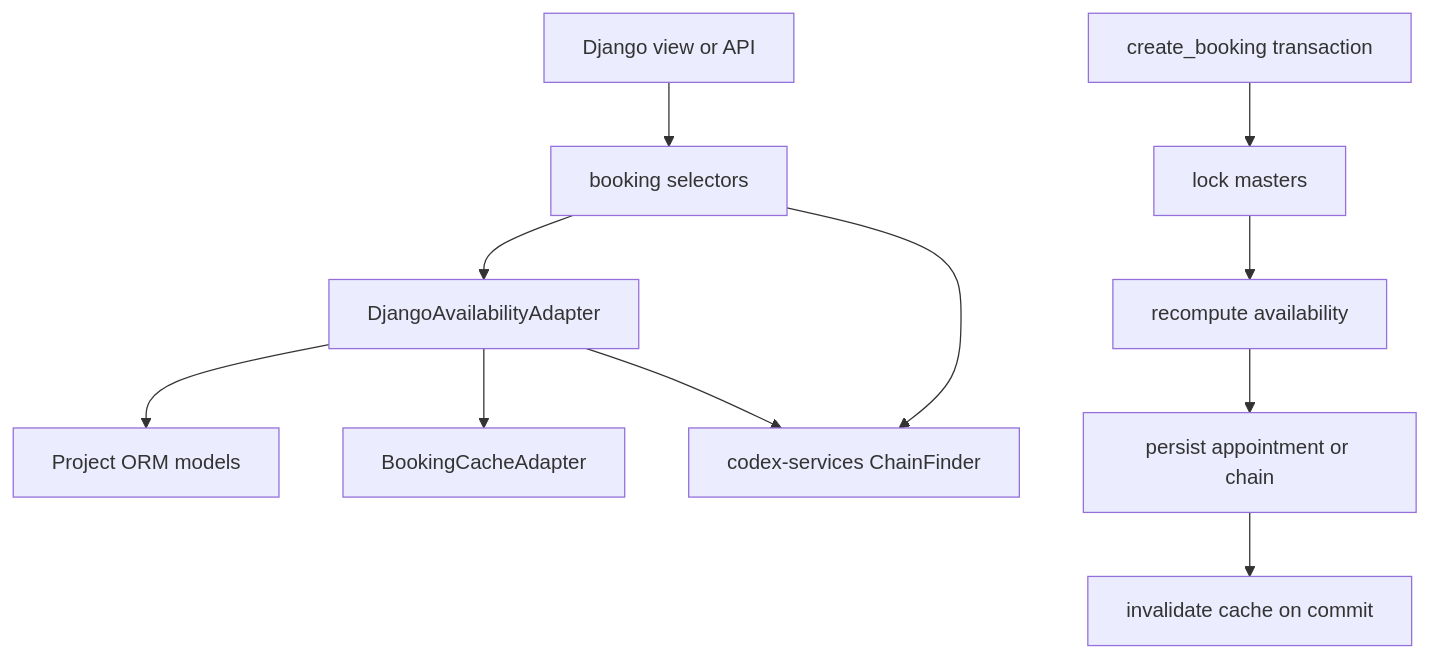
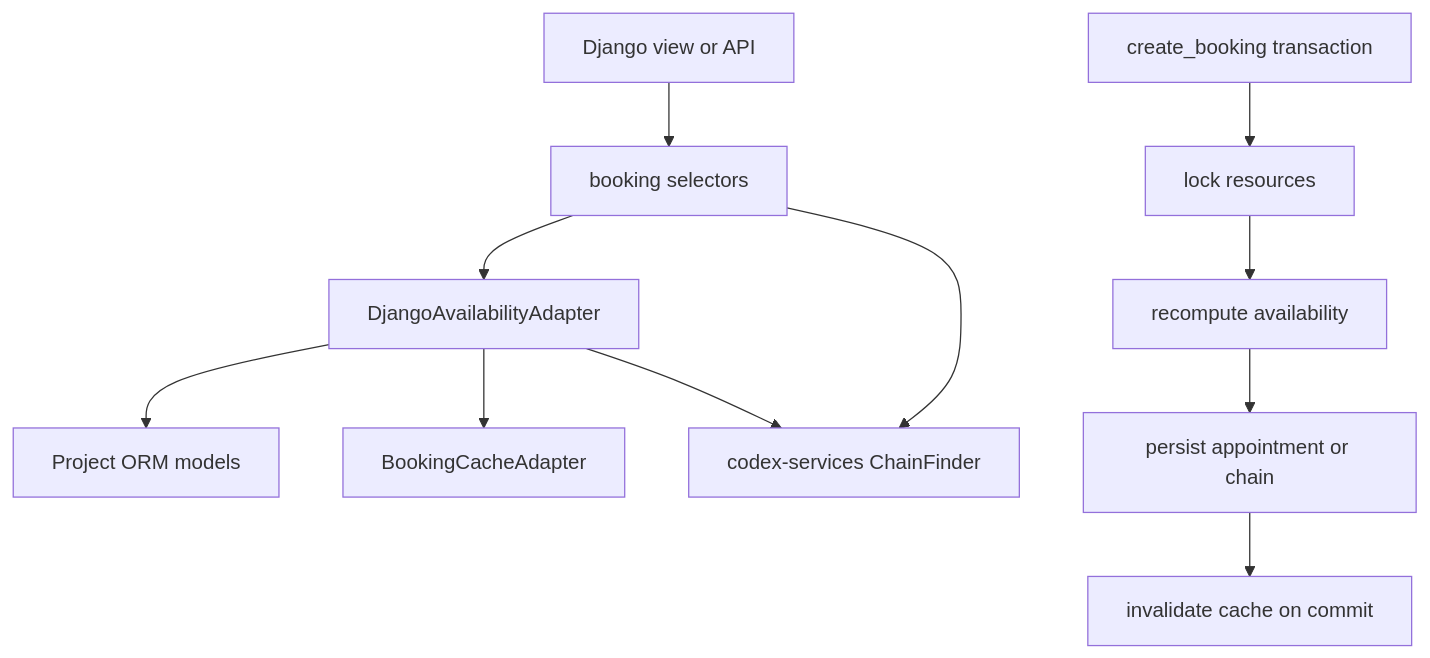
One commit to CodexDLC/codex-django changed the diagram in docs/en/architecture/booking.md. Above: the diagram before and after it, drawn with Mermaid. The commit also changed other lines of this file and 8 other files, not shown here.

````diff
--- a/docs/en/architecture/booking.md
+++ b/docs/en/architecture/booking.md
@@ -118,13 +129,13 @@
 ```mermaid
 flowchart TD
     A["Django view or API"] --> B["booking selectors"]
     B --> C["DjangoAvailabilityAdapter"]
     C --> D["Project ORM models"]
     C --> E["BookingCacheAdapter"]
     C --> F["codex-services ChainFinder"]
     B --> F
-    G["create_booking transaction"] --> H["lock masters"]
+    G["create_booking transaction"] --> H["lock resources"]
     H --> I["recompute availability"]
     I --> J["persist appointment or chain"]
     J --> K["invalidate cache on commit"]
 ```
````
